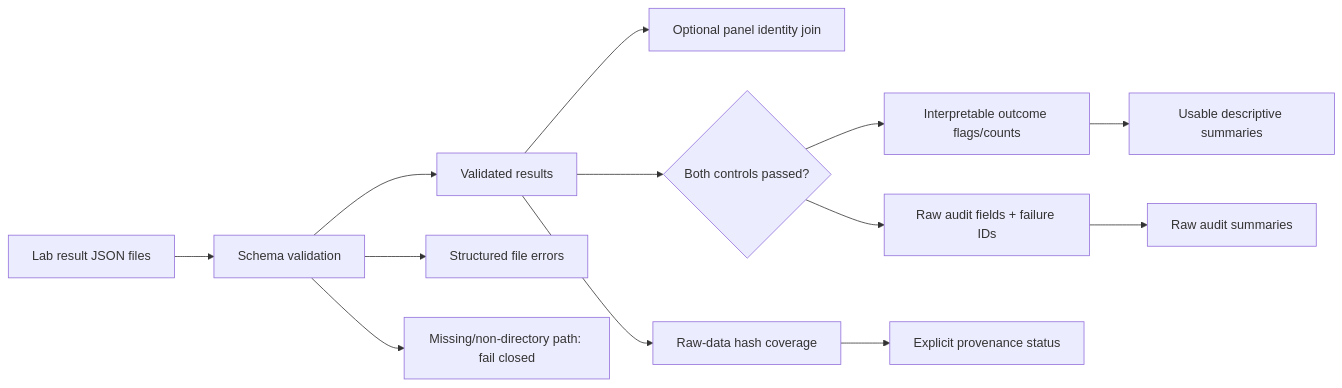
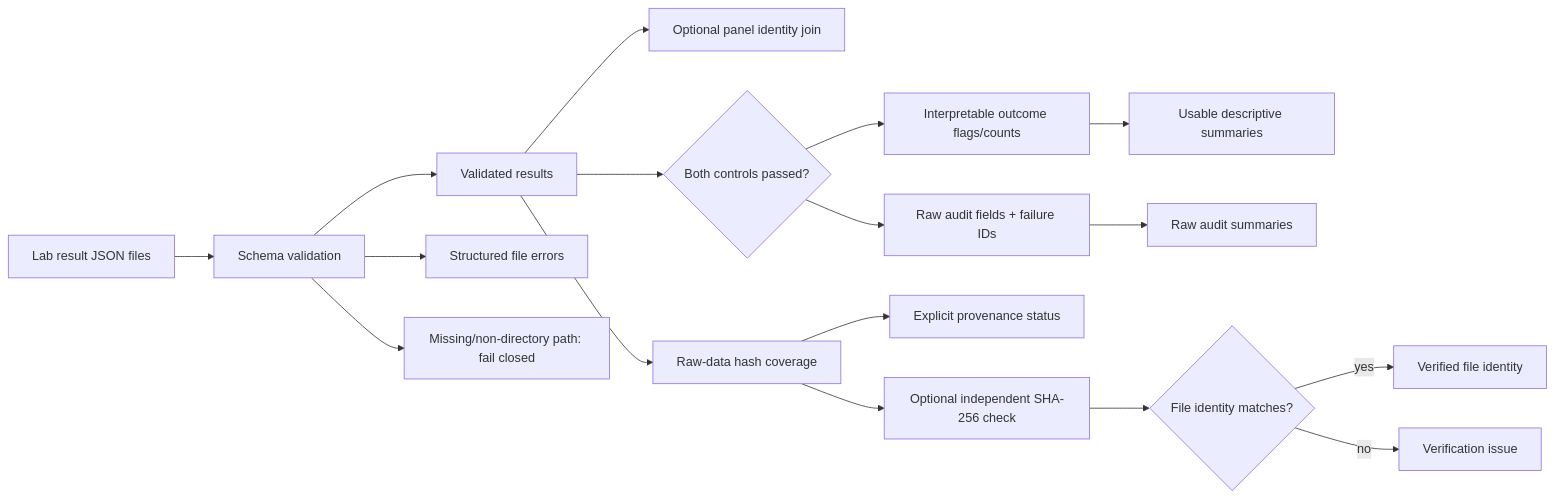
One commit to streamentry/OpenAMP-Foundry changed the first of 2 diagrams in src/openamp_foundry/data/AGENTS.md. Above: the diagram before and after it, drawn with Mermaid. The commit also changed other lines of this file and 20 other files, not shown here.

````diff
--- a/src/openamp_foundry/data/AGENTS.md
+++ b/src/openamp_foundry/data/AGENTS.md
@@ -21,15 +23,19 @@
 ```mermaid
 flowchart LR
   Files["Lab result JSON files"] --> Validate["Schema validation"]
   Validate --> Valid["Validated results"]
   Validate --> Errors["Structured file errors"]
   Validate --> PathError["Missing/non-directory path: fail closed"]
   Valid --> Panel["Optional panel identity join"]
   Valid --> Provenance["Raw-data hash coverage"]
   Valid --> Controls{"Both controls passed?"}
   Controls --> Usable["Interpretable outcome flags/counts"]
   Controls --> Raw["Raw audit fields + failure IDs"]
   Usable --> Summary["Usable descriptive summaries"]
   Raw --> Audit["Raw audit summaries"]
   Provenance --> Review["Explicit provenance status"]
+  Provenance --> Verify["Optional independent SHA-256 check"]
+  Verify --> VerifyResult{"File identity matches?"}
+  VerifyResult -->|yes| Verified["Verified file identity"]
+  VerifyResult -->|no| VerifyBlock["Verification issue"]
 ```
````
